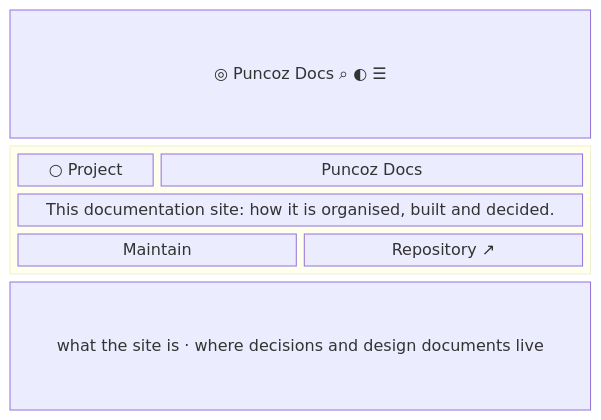
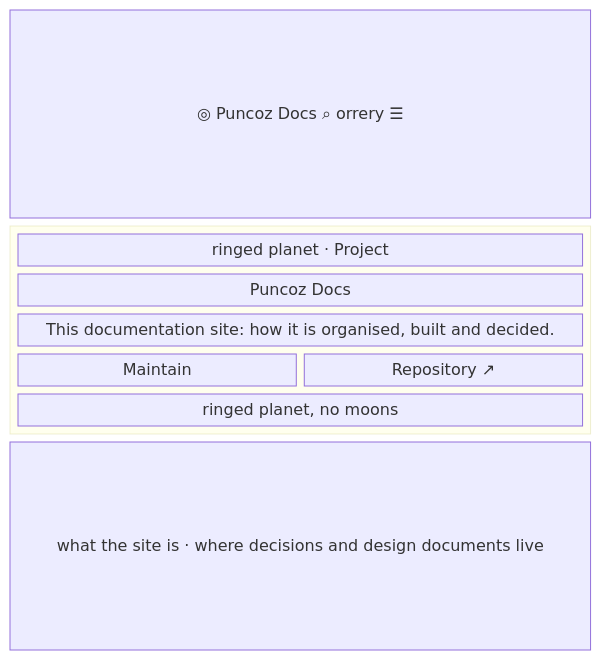
The eighth of 8 diagrams in content/docs/maintain/app-flow/site-pages.mdx (nepal-dev-com/docs.nepal-dev.com), drawn with Mermaid before and after one commit. The commit also changed other lines of this file and 63 other files, not shown here.

````diff
--- a/content/docs/maintain/app-flow/site-pages.mdx
+++ b/content/docs/maintain/app-flow/site-pages.mdx
@@ -227,12 +235,14 @@
 ```mermaid
 block-beta
   columns 4
-  hdr["◎ Puncoz Docs   ⌕ ◐ ☰"]:4
+  hdr["◎ Puncoz Docs   ⌕ orrery ☰"]:4
   block:hero:4
     columns 4
-    dot["○ Project"] name["Puncoz Docs"]:3
+    kind["ringed planet · Project"]:4
+    name["Puncoz Docs"]:4
     desc["This documentation site: how it is organised, built and decided."]:4
     maint["Maintain"]:2 repo["Repository ↗"]:2
+    draw["ringed planet, no moons"]:4
   end
   body["what the site is · where decisions and design documents live"]:4
 ```
````
